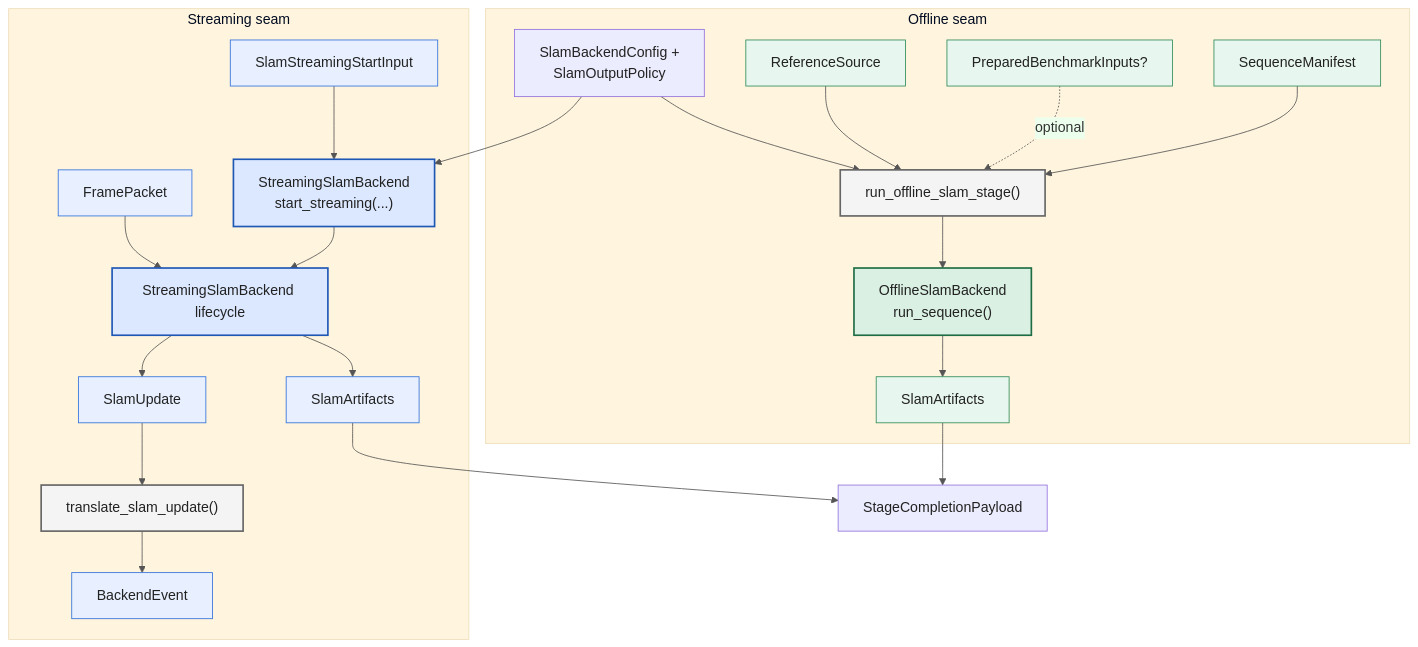
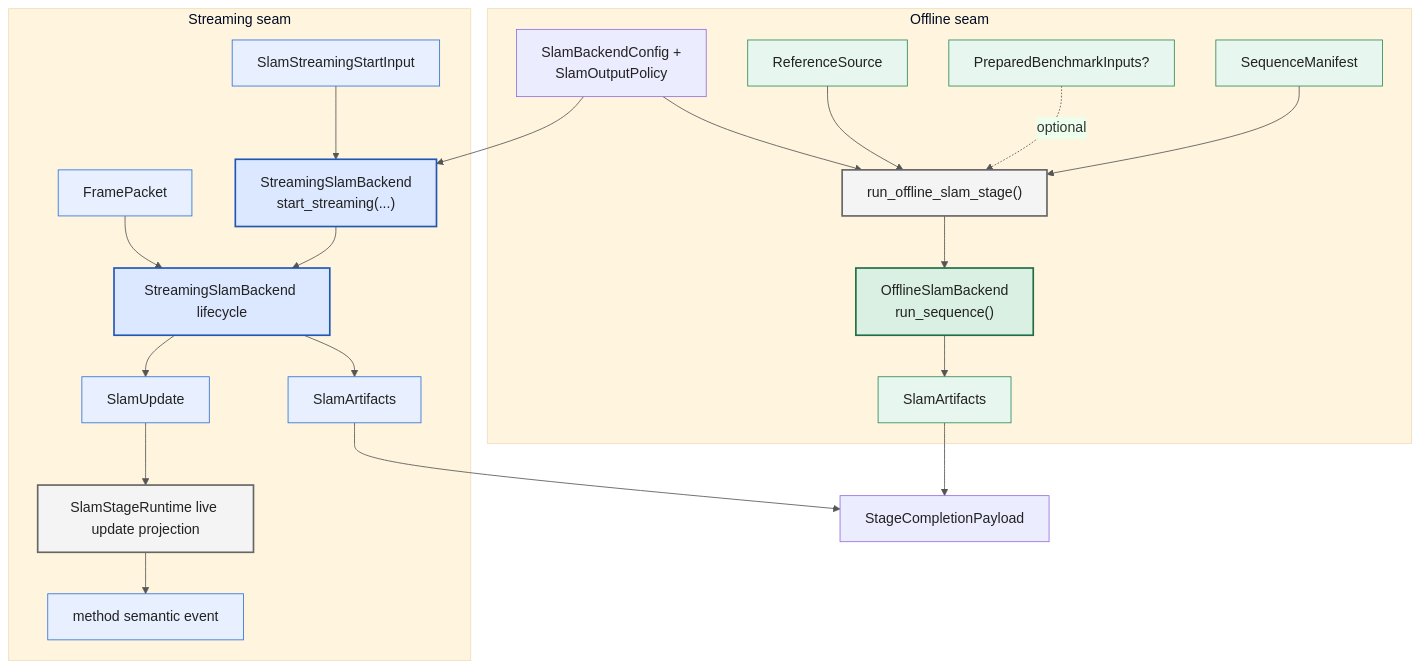
Before and after one commit to JanDuchscherer104/prml-vslam: the fourth of 8 diagrams in docs/architecture/pipeline-stage-protocols-and-dtos.md, drawn with Mermaid. The commit also changed other lines of this file and 65 other files, not shown here.

Commit message:
refactor(pipeline): cut over live runtime contracts

```diff
--- a/docs/architecture/pipeline-stage-protocols-and-dtos.md
+++ b/docs/architecture/pipeline-stage-protocols-and-dtos.md
@@ -323,8 +323,8 @@
         Session["StreamingSlamBackend lifecycle"]
         Packet["FramePacket"]
         Update["SlamUpdate"]
-        Translate["translate_slam_update()"]
-        Event["BackendEvent"]
+        Translate["SlamStageRuntime live update projection"]
+        Event["method semantic event"]
         StreamingArtifacts["SlamArtifacts"]
 
         Init --> StreamingBackend
@@ -366,8 +366,8 @@
     click Session "../../src/prml_vslam/methods/protocols.py#L18" "StreamingSlamBackend lifecycle"
     click Packet "../../src/prml_vslam/interfaces/runtime.py#L68" "FramePacket"
     click Update "../../src/prml_vslam/interfaces/slam.py#L46" "SlamUpdate"
-    click Translate "../../src/prml_vslam/methods/events.py#L102" "translate_slam_update"
-    click Event "../../src/prml_vslam/interfaces/slam.py#L142" "BackendEvent"
+    click Translate "../../src/prml_vslam/pipeline/stages/slam/runtime.py#L102" "live_update_projection"
+    click Event "../../src/prml_vslam/interfaces/slam.py#L142" "method semantic event"
     click OfflineArtifacts "../../src/prml_vslam/interfaces/slam.py#L30" "SlamArtifacts"
     click StreamingArtifacts "../../src/prml_vslam/interfaces/slam.py#L30" "SlamArtifacts"
         click Payload "../../src/prml_vslam/pipeline/ray_runtime/stage_program.py#L60" "StageCompletionPayload"
```
